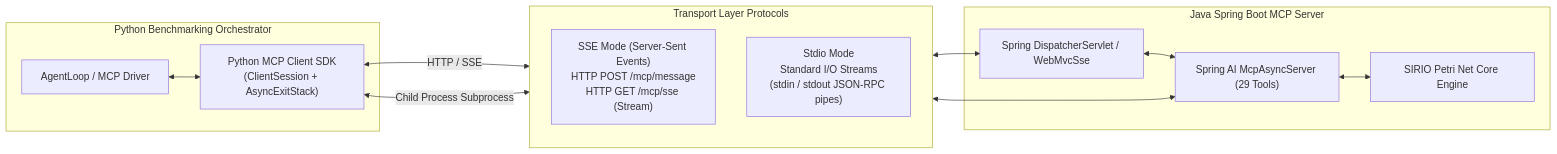
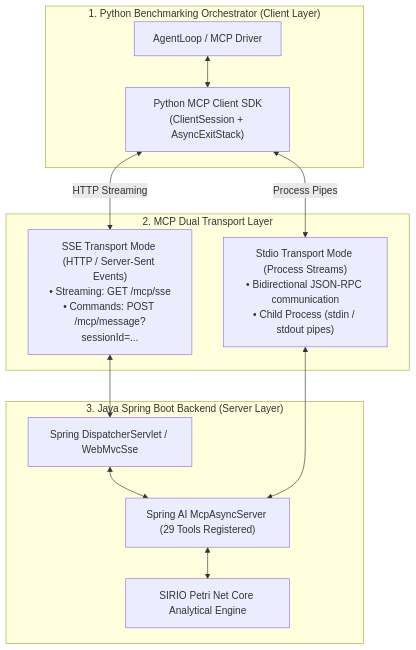
The eighth of 13 diagrams in README.md (nicolo-pollini-unifi/sirio-mcp-bench), drawn with Mermaid before and after one commit. The commit also changed other lines of this file, not shown here.

First line of the commit message:
docs(readme): enhance GitHub Markdown formatting, LaTeX formulas, visual diagrams, and callouts

````diff
--- a/README.md
+++ b/README.md
@@ -332,27 +354,26 @@
 ```mermaid
-flowchart LR
-    subgraph Python_Runner["Python Benchmarking Orchestrator"]
+flowchart TD
+    subgraph Python_Layer["1. Python Benchmarking Orchestrator (Client Layer)"]
         Driver["AgentLoop / MCP Driver"]
         SDK["Python MCP Client SDK<br/>(ClientSession + AsyncExitStack)"]
         Driver <--> SDK
     end
 
-    subgraph Transports["Transport Layer Protocols"]
-        direction TB
-        SSE["SSE Mode (Server-Sent Events)<br/>HTTP POST /mcp/message<br/>HTTP GET /mcp/sse (Stream)"]
-        STDIO["Stdio Mode<br/>Standard I/O Streams<br/>(stdin / stdout JSON-RPC pipes)"]
+    subgraph Transport_Layer["2. MCP Dual Transport Layer"]
+        SSE["SSE Transport Mode (HTTP / Server-Sent Events)<br/>• Streaming: GET /mcp/sse<br/>• Commands: POST /mcp/message?sessionId=..."]
+        STDIO["Stdio Transport Mode (Process Streams)<br/>• Bidirectional JSON-RPC communication<br/>• Child Process (stdin / stdout pipes)"]
     end
 
-    subgraph Java_Backend["Java Spring Boot MCP Server"]
+    subgraph Java_Layer["3. Java Spring Boot Backend (Server Layer)"]
         Dispatcher["Spring DispatcherServlet / WebMvcSse"]
-        McpAsyncServer["Spring AI McpAsyncServer (29 Tools)"]
-        SirioEngine["SIRIO Petri Net Core Engine"]
+        McpAsyncServer["Spring AI McpAsyncServer (29 Tools Registered)"]
+        SirioEngine["SIRIO Petri Net Core Analytical Engine"]
         Dispatcher <--> McpAsyncServer
         McpAsyncServer <--> SirioEngine
     end
 
-    SDK <-->|"HTTP / SSE"| SSE
+    SDK <-->|"HTTP Streaming"| SSE
     SSE <--> Dispatcher
-    SDK <-->|"Child Process Subprocess"| STDIO
+    SDK <-->|"Process Pipes"| STDIO
     STDIO <--> McpAsyncServer
 ```
````
